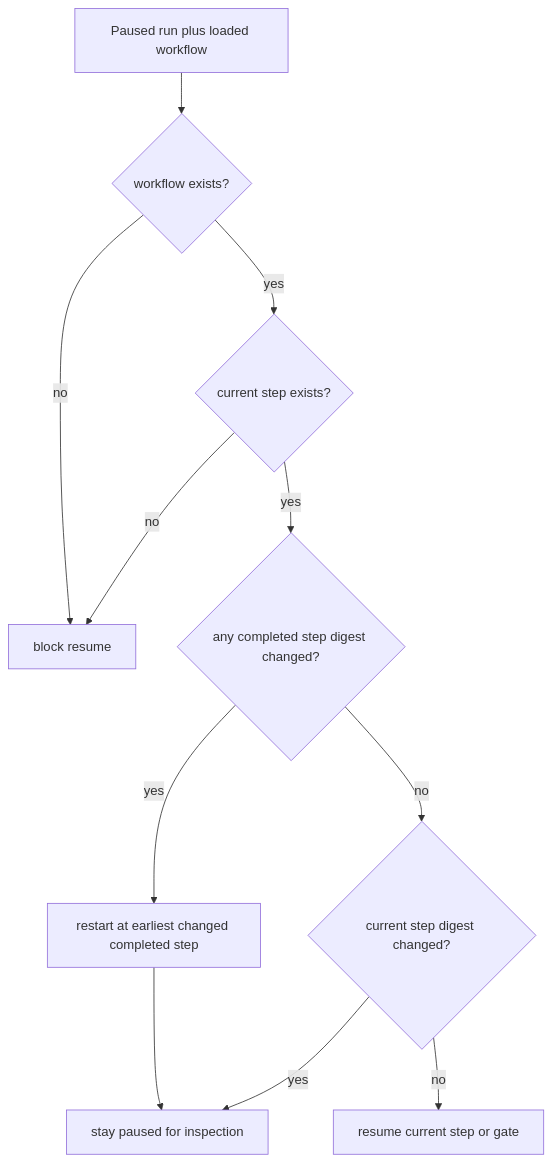
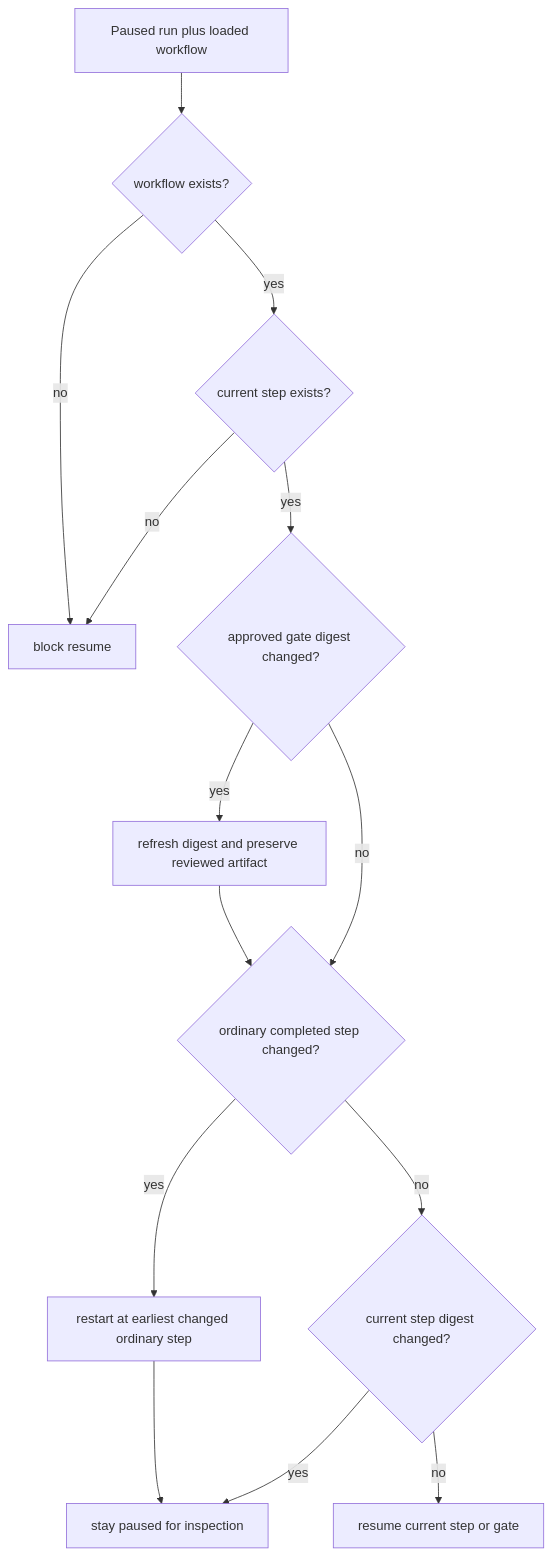
One commit to wichayutdew/pi-workflows changed the eighth of 8 diagrams in openwiki/architecture/runtime-lifecycle.md. Above: the diagram before and after it, drawn with Mermaid. The commit also changed other lines of this file and 57 other files, not shown here.

````diff
--- a/openwiki/architecture/runtime-lifecycle.md
+++ b/openwiki/architecture/runtime-lifecycle.md
@@ -148,13 +169,16 @@
 ```mermaid
 flowchart TD
   Resume[Paused run plus loaded workflow] --> Exists{workflow exists?}
   Exists -- no --> Error[block resume]
   Exists -- yes --> Current{current step exists?}
   Current -- no --> Error
-  Current -- yes --> CompletedChanged{any completed step digest changed?}
-  CompletedChanged -- yes --> Restart[restart at earliest changed completed step]
+  Current -- yes --> ApprovedChanged{approved gate digest changed?}
+  ApprovedChanged -- yes --> Preserve[refresh digest and preserve reviewed artifact]
+  ApprovedChanged -- no --> CompletedChanged{ordinary completed step changed?}
+  Preserve --> CompletedChanged
+  CompletedChanged -- yes --> Restart[restart at earliest changed ordinary step]
   CompletedChanged -- no --> CurrentChanged{current step digest changed?}
   CurrentChanged -- yes --> Pause[stay paused for inspection]
   CurrentChanged -- no --> Continue[resume current step or gate]
   Restart --> Pause
 ```
````
